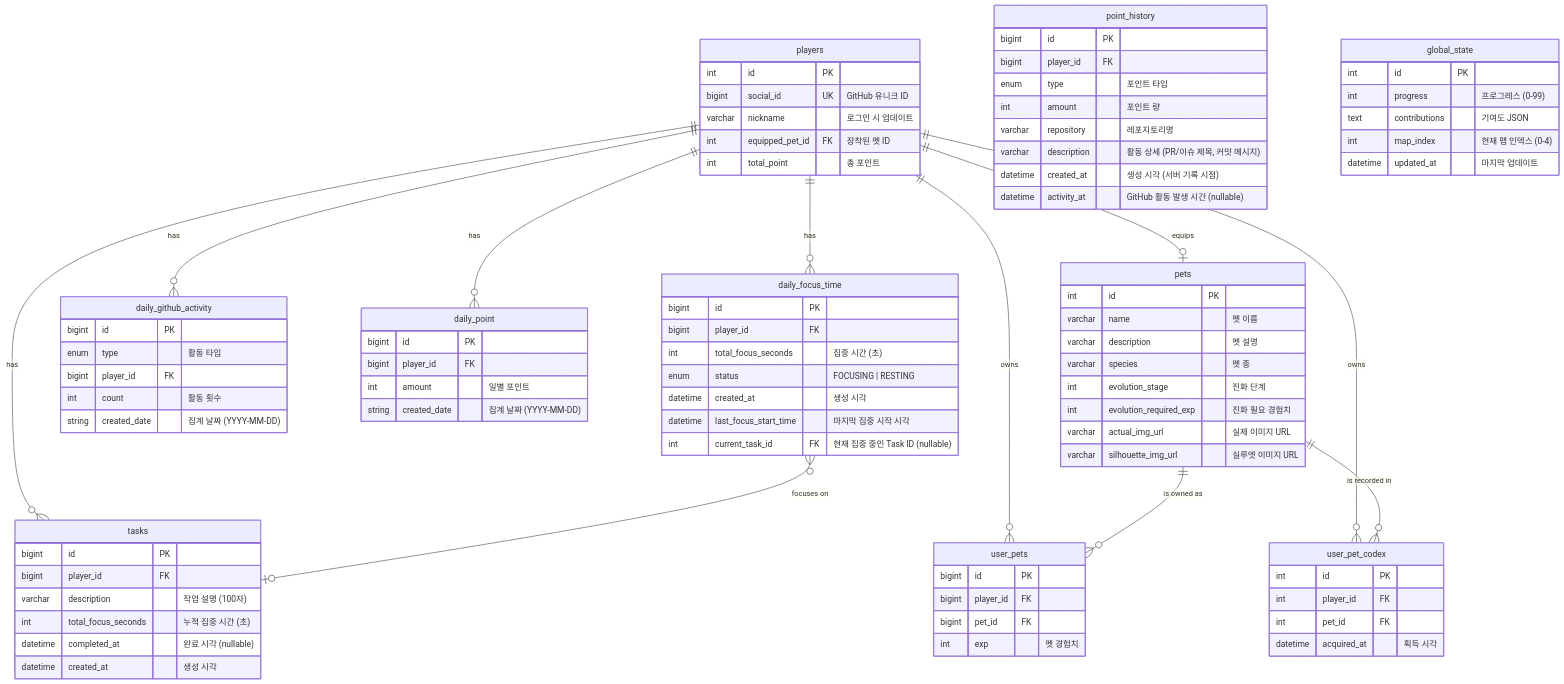
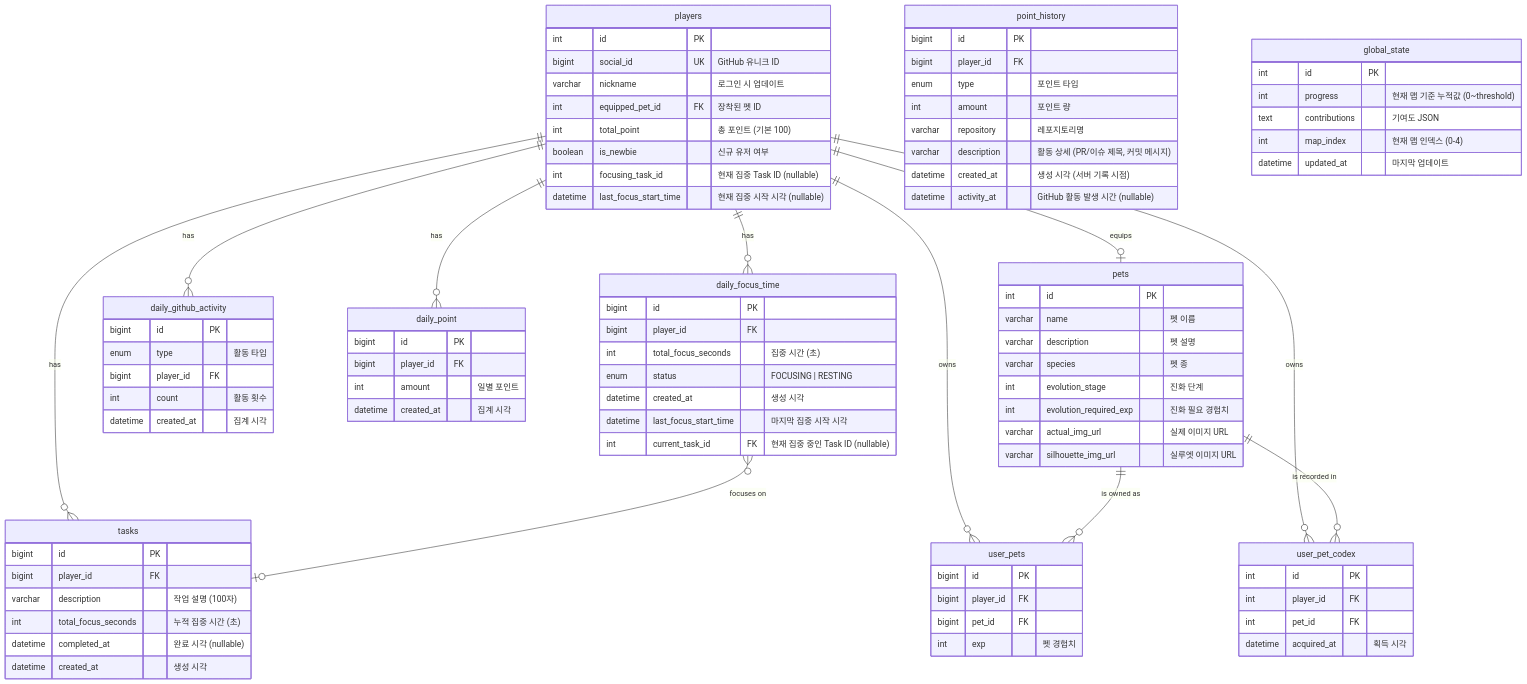
One commit to boostcampwm2025/web19-estrogenquattro changed the diagram in docs/guides/ERD.md. Above: the diagram before and after it, drawn with Mermaid. The commit also changed other lines of this file and 18 other files, not shown here.

```diff
--- a/docs/guides/ERD.md
+++ b/docs/guides/ERD.md
@@ -26,7 +26,10 @@
         bigint social_id UK "GitHub 유니크 ID"
         varchar nickname "로그인 시 업데이트"
         int equipped_pet_id FK "장착된 펫 ID"
-        int total_point "총 포인트"
+        int total_point "총 포인트 (기본 100)"
+        boolean is_newbie "신규 유저 여부"
+        int focusing_task_id "현재 집중 Task ID (nullable)"
+        datetime last_focus_start_time "현재 집중 시작 시각 (nullable)"
     }
 
     tasks {
@@ -71,14 +74,14 @@
         enum type "활동 타입"
         bigint player_id FK
         int count "활동 횟수"
-        string created_date "집계 날짜 (YYYY-MM-DD)"
+        datetime created_at "집계 시각"
     }
 
     daily_point {
         bigint id PK
         bigint player_id FK
         int amount "일별 포인트"
-        string created_date "집계 날짜 (YYYY-MM-DD)"
+        datetime created_at "집계 시각"
     }
 
     point_history {
@@ -101,7 +104,7 @@
 
     global_state {
         int id PK
-        int progress "프로그레스 (0-99)"
+        int progress "현재 맵 기준 누적값 (0~threshold)"
         text contributions "기여도 JSON"
         int map_index "현재 맵 인덱스 (0-4)"
         datetime updated_at "마지막 업데이트"
```
